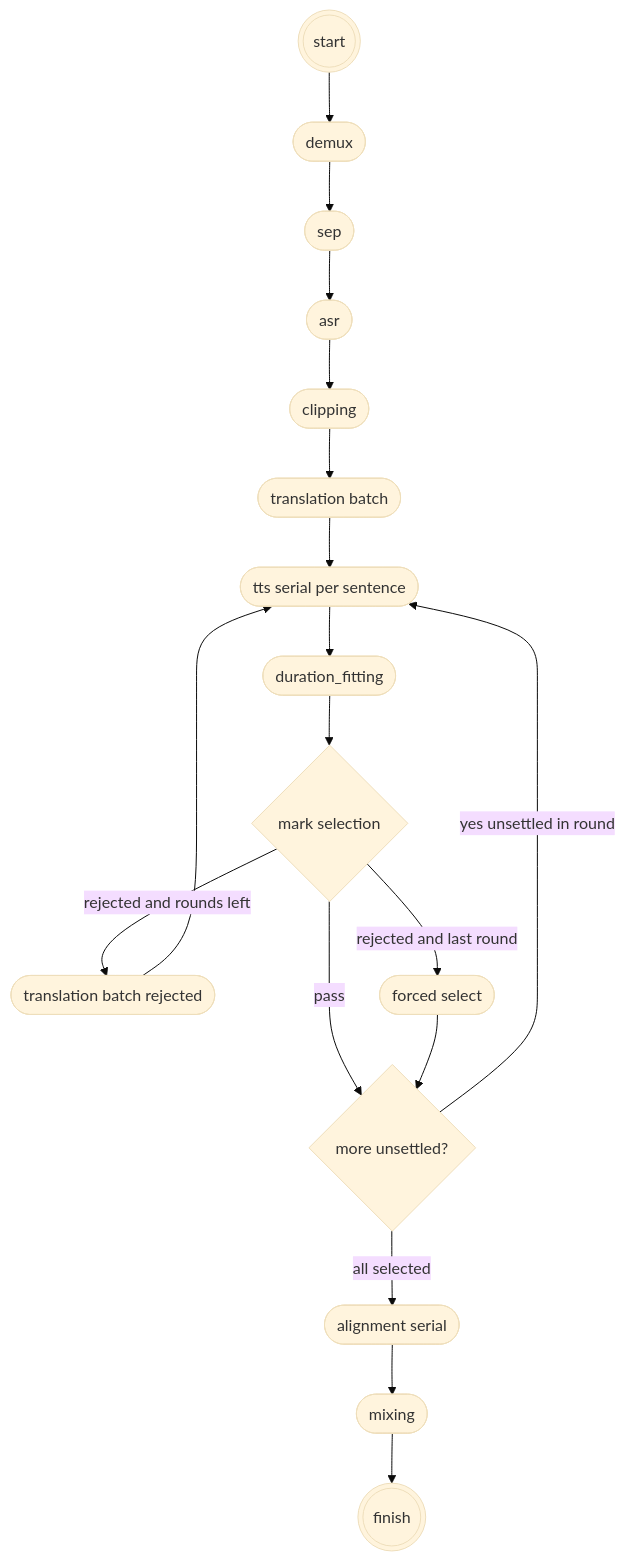
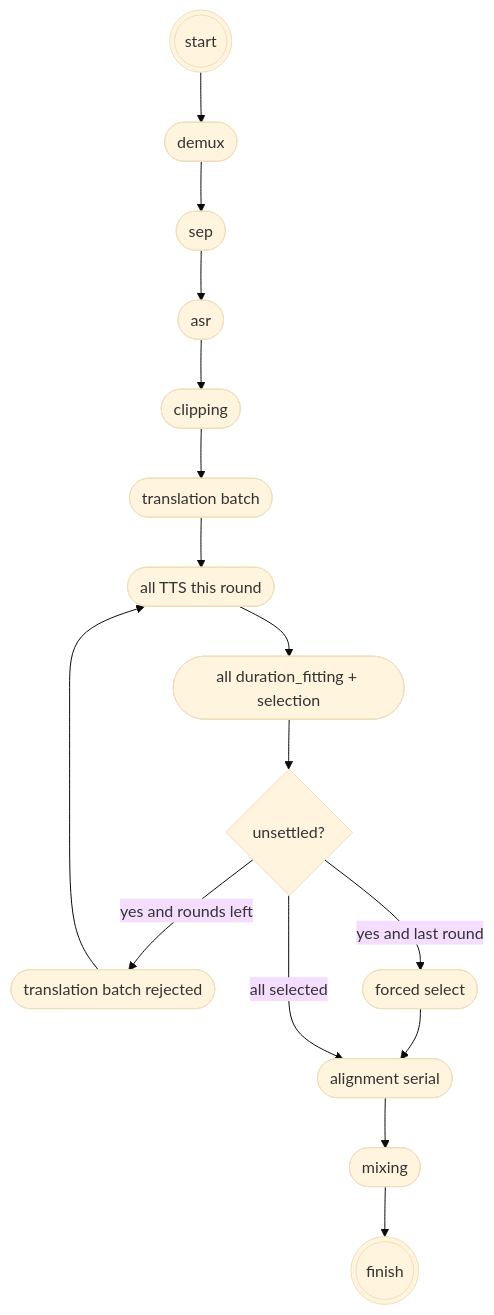
One commit to AaronJiTuo/magicdub-brain changed the diagram in Releases/06_magicdub-cli系统设计.md. Above: the diagram before and after it, drawn with Mermaid (base theme). The commit also changed other lines of this file and 2 other files, not shown here.

Commit message:
记录同轮先全部 TTS 再 duration_fitting

````diff
--- a/Releases/06_magicdub-cli系统设计.md
+++ b/Releases/06_magicdub-cli系统设计.md
@@ -155,17 +155,15 @@
 ```mermaid
 flowchart TD
   start(((start))) --> demux([demux]) --> sep([sep]) --> asr([asr])
   asr --> clipping([clipping])
   clipping --> tr1([translation batch])
-  tr1 --> tts([tts serial per sentence])
-  tts --> fitting([duration_fitting])
-  fitting --> sel{mark selection}
-  sel -->|pass| more{more unsettled?}
-  sel -->|rejected and rounds left| trN([translation batch rejected])
+  tr1 --> tts([all TTS this round])
+  tts --> fitting([all duration_fitting + selection])
+  fitting --> more{unsettled?}
+  more -->|yes and rounds left| trN([translation batch rejected])
   trN --> tts
-  sel -->|rejected and last round| forced([forced select])
-  forced --> more
-  more -->|yes unsettled in round| tts
+  more -->|yes and last round| forced([forced select])
+  forced --> align
   more -->|all selected| align([alignment serial])
   align --> mix([mixing]) --> finish(((finish)))
 ```
````
